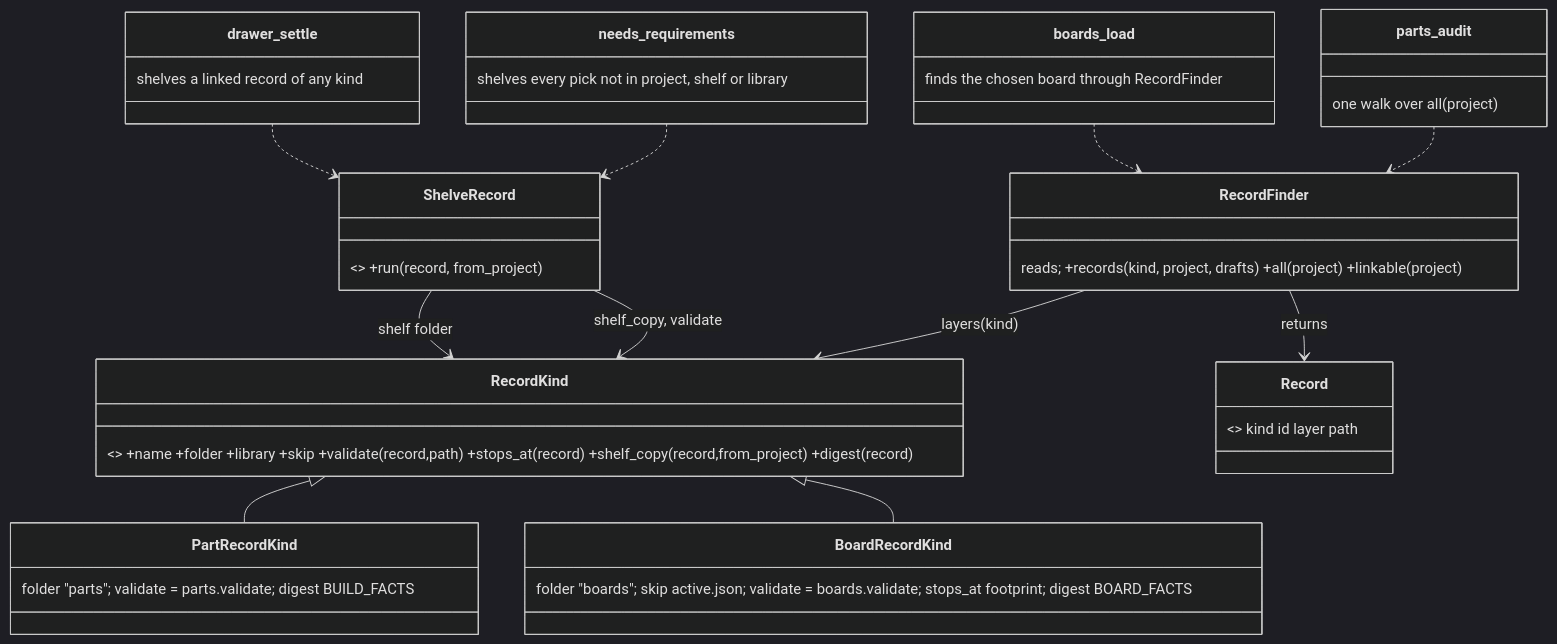
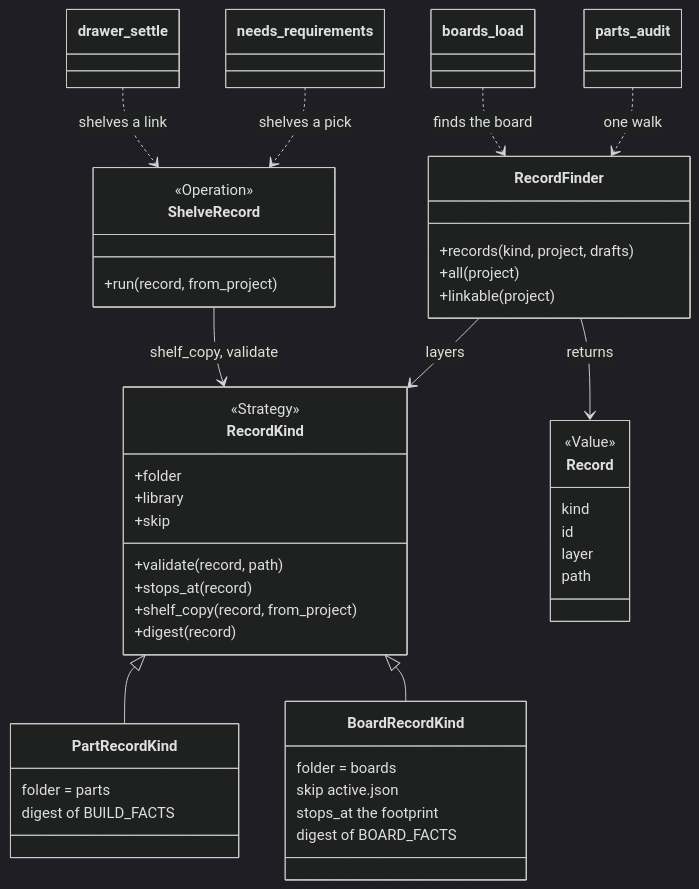
Before and after one commit to xmejkal/spark: the first of 2 diagrams in docs/discovery/2026-10-22-p391-boards-as-modules/design.md, drawn with Mermaid (dark theme). The commit also changed other lines of this file and 1 other file, not shown here.

Commit message:
P391: the docs review's fixes: one stage numbering, the cites, a class diagram that parses

````diff
--- a/docs/discovery/2026-10-22-p391-boards-as-modules/design.md
+++ b/docs/discovery/2026-10-22-p391-boards-as-modules/design.md
@@ -81,23 +81,52 @@
 ```mermaid
 classDiagram
-  class RecordKind { <<Strategy>> +name +folder +library +skip +validate(record,path) +stops_at(record) +shelf_copy(record,from_project) +digest(record) }
-  class PartRecordKind { folder "parts"; validate = parts.validate; digest BUILD_FACTS }
-  class BoardRecordKind { folder "boards"; skip active.json; validate = boards.validate; stops_at footprint; digest BOARD_FACTS }
+  class RecordKind {
+    <<Strategy>>
+    +folder
+    +library
+    +skip
+    +validate(record, path)
+    +stops_at(record)
+    +shelf_copy(record, from_project)
+    +digest(record)
+  }
+  class PartRecordKind {
+    folder = parts
+    digest of BUILD_FACTS
+  }
+  class BoardRecordKind {
+    folder = boards
+    skip active.json
+    stops_at the footprint
+    digest of BOARD_FACTS
+  }
   RecordKind <|-- PartRecordKind
   RecordKind <|-- BoardRecordKind
-  class Record { <<Value>> kind id layer path }
-  class RecordFinder { reads; +records(kind, project, drafts) +all(project) +linkable(project) }
-    class ShelveRecord { <<Operation>> +run(record, from_project) }
-    RecordFinder --> RecordKind : layers(kind)
+  class Record {
+    <<Value>>
+    kind
+    id
+    layer
+    path
+  }
+  class RecordFinder {
+    +records(kind, project, drafts)
+    +all(project)
+    +linkable(project)
+  }
+  class ShelveRecord {
+    <<Operation>>
+    +run(record, from_project)
+  }
+  RecordFinder --> RecordKind : layers
   RecordFinder --> Record : returns
   ShelveRecord --> RecordKind : shelf_copy, validate
-  ShelveRecord --> RecordKind : shelf folder
-  class needs_requirements { shelves every pick not in project, shelf or library }
-  class drawer_settle { shelves a linked record of any kind }
-  class parts_audit { one walk over all(project) }
-  class boards_load { finds the chosen board through RecordFinder }
-  needs_requirements ..> ShelveRecord
-  drawer_settle ..> ShelveRecord
-  parts_audit ..> RecordFinder
-  boards_load ..> RecordFinder
+  class needs_requirements
+  class drawer_settle
+  class parts_audit
+  class boards_load
+  needs_requirements ..> ShelveRecord : shelves a pick
+  drawer_settle ..> ShelveRecord : shelves a link
+  parts_audit ..> RecordFinder : one walk
+  boards_load ..> RecordFinder : finds the board
 ```
````
